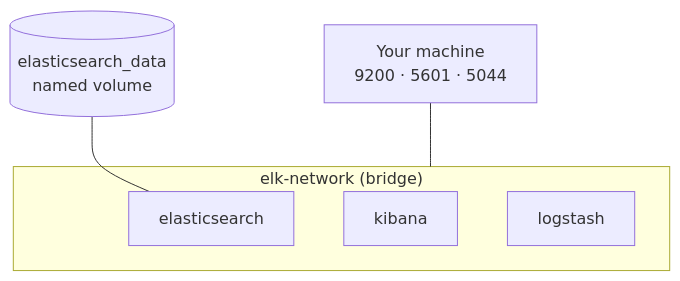
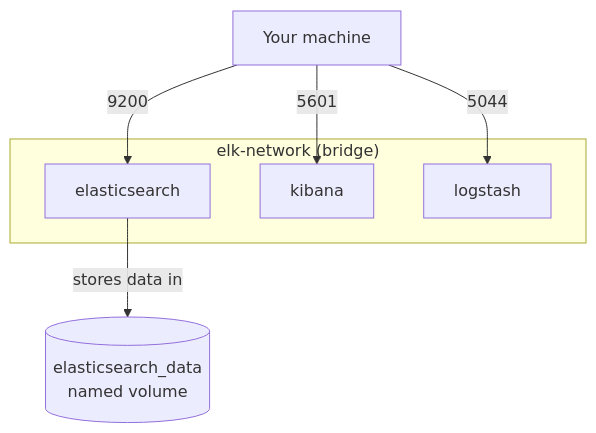
The second of 2 diagrams in Backend Engineering/19-Self-Hosted-Observability/05-Running-The-Stack.md (Dummy-Bug/system-design-handbook), drawn with Mermaid before and after one commit. The commit also changed 10 other files, not shown here.

````diff
--- a/Backend Engineering/19-Self-Hosted-Observability/05-Running-The-Stack.md
+++ b/Backend Engineering/19-Self-Hosted-Observability/05-Running-The-Stack.md
@@ -194,12 +194,14 @@
 ```mermaid
 flowchart TB
+    HOSTP["Your machine"]
     subgraph NET["elk-network (bridge)"]
         ES["elasticsearch"]
         KB["kibana"]
         LS["logstash"]
     end
-    VOL[("elasticsearch_data
-    named volume")] --- ES
-    HOSTP["Your machine
-    9200 · 5601 · 5044"] --- NET
+    HOSTP -->|9200| ES
+    HOSTP -->|5601| KB
+    HOSTP -->|5044| LS
+    ES -->|stores data in| VOL[("elasticsearch_data
+    named volume")]
 ```
````
